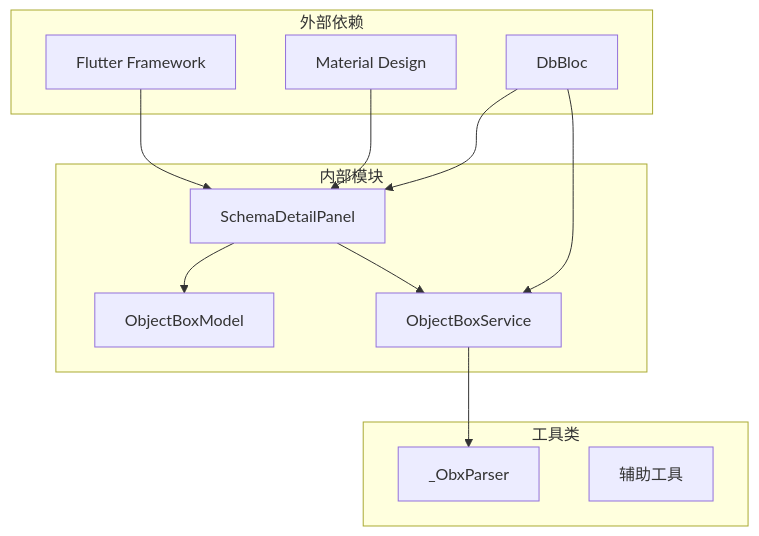
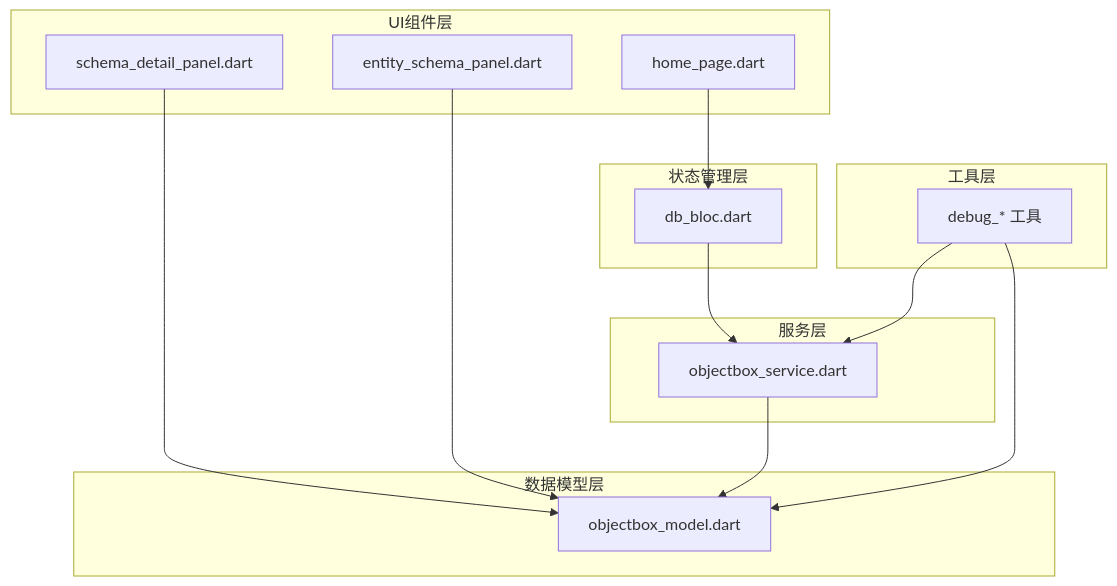
Before and after one commit to kongpf8848/objectbox_viewer: the tenth of 11 diagrams in .qoder/repowiki/zh/content/UI 组件/Schema 详情面板.md, drawn with Mermaid. The commit also changed other lines of this file and 9 other files, not shown here.

````diff
--- a/.qoder/repowiki/zh/content/UI 组件/Schema 详情面板.md
+++ b/.qoder/repowiki/zh/content/UI 组件/Schema 详情面板.md
@@ -338,25 +384,27 @@
 ```mermaid
-graph TB
-subgraph "外部依赖"
-Flutter[Flutter Framework]
-Material[Material Design]
-Bloc[flutter_bloc]
+graph TD
+subgraph "UI组件层"
+SchemaPanel[schema_detail_panel.dart]
+EntityPanel[entity_schema_panel.dart]
+HomePage[home_page.dart]
 end
-subgraph "内部模块"
-SchemaPanel[SchemaDetailPanel]
-Model[ObjectBoxModel]
-Service[ObjectBoxService]
-Bloc[DbBloc]
+subgraph "状态管理层"
+DbBloc[db_bloc.dart]
 end
-subgraph "工具类"
-Parser[_ObxParser]
-Utils[辅助工具]
+subgraph "服务层"
+ObjectBoxService[objectbox_service.dart]
 end
-Flutter --> SchemaPanel
-Material --> SchemaPanel
-Bloc --> SchemaPanel
-SchemaPanel --> Model
-SchemaPanel --> Service
-Service --> Parser
-Bloc --> Service
+subgraph "数据模型层"
+ObjectBoxModel[objectbox_model.dart]
+end
+subgraph "工具层"
+DebugTools[debug_* 工具]
+end
+SchemaPanel --> ObjectBoxModel
+EntityPanel --> ObjectBoxModel
+HomePage --> DbBloc
+DbBloc --> ObjectBoxService
+ObjectBoxService --> ObjectBoxModel
+DebugTools --> ObjectBoxService
+DebugTools --> ObjectBoxModel
 ```
````
